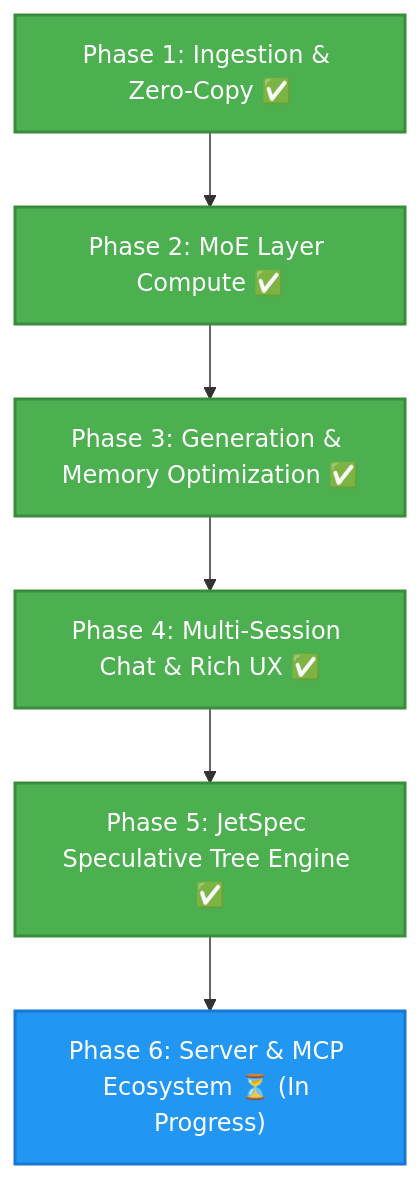
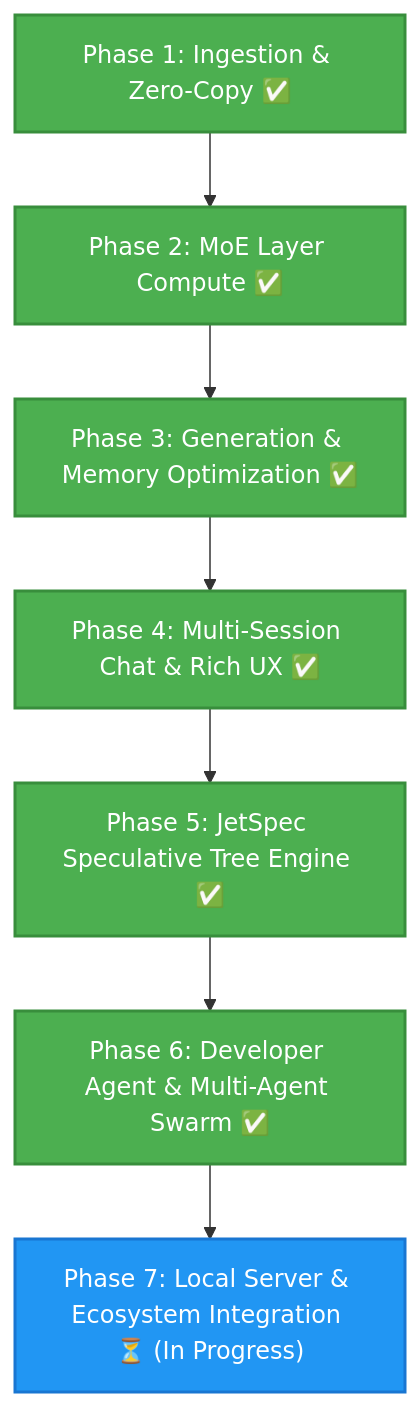
One commit to derekrparris/DynaMoE changed the second of 2 diagrams in README.md. Above: the diagram before and after it, drawn with Mermaid. The commit also changed other lines of this file and 6 other files, not shown here.

````diff
--- a/README.md
+++ b/README.md
@@ -135,15 +207,17 @@
 ```mermaid
 flowchart TD
     A["Phase 1: Ingestion & Zero-Copy ✅"] --> B["Phase 2: MoE Layer Compute ✅"]
     B --> C["Phase 3: Generation & Memory Optimization ✅"]
     C --> D["Phase 4: Multi-Session Chat & Rich UX ✅"]
     D --> E["Phase 5: JetSpec Speculative Tree Engine ✅"]
-    E --> F["Phase 6: Server & MCP Ecosystem ⏳ (In Progress)"]
+    E --> F["Phase 6: Developer Agent & Multi-Agent Swarm ✅"]
+    F --> G["Phase 7: Local Server & Ecosystem Integration ⏳ (In Progress)"]
     
     style A fill:#4CAF50,stroke:#388E3C,stroke-width:2px,color:#fff
     style B fill:#4CAF50,stroke:#388E3C,stroke-width:2px,color:#fff
     style C fill:#4CAF50,stroke:#388E3C,stroke-width:2px,color:#fff
     style D fill:#4CAF50,stroke:#388E3C,stroke-width:2px,color:#fff
     style E fill:#4CAF50,stroke:#388E3C,stroke-width:2px,color:#fff
-    style F fill:#2196F3,stroke:#1976D2,stroke-width:2px,color:#fff
+    style F fill:#4CAF50,stroke:#388E3C,stroke-width:2px,color:#fff
+    style G fill:#2196F3,stroke:#1976D2,stroke-width:2px,color:#fff
 ```
````
